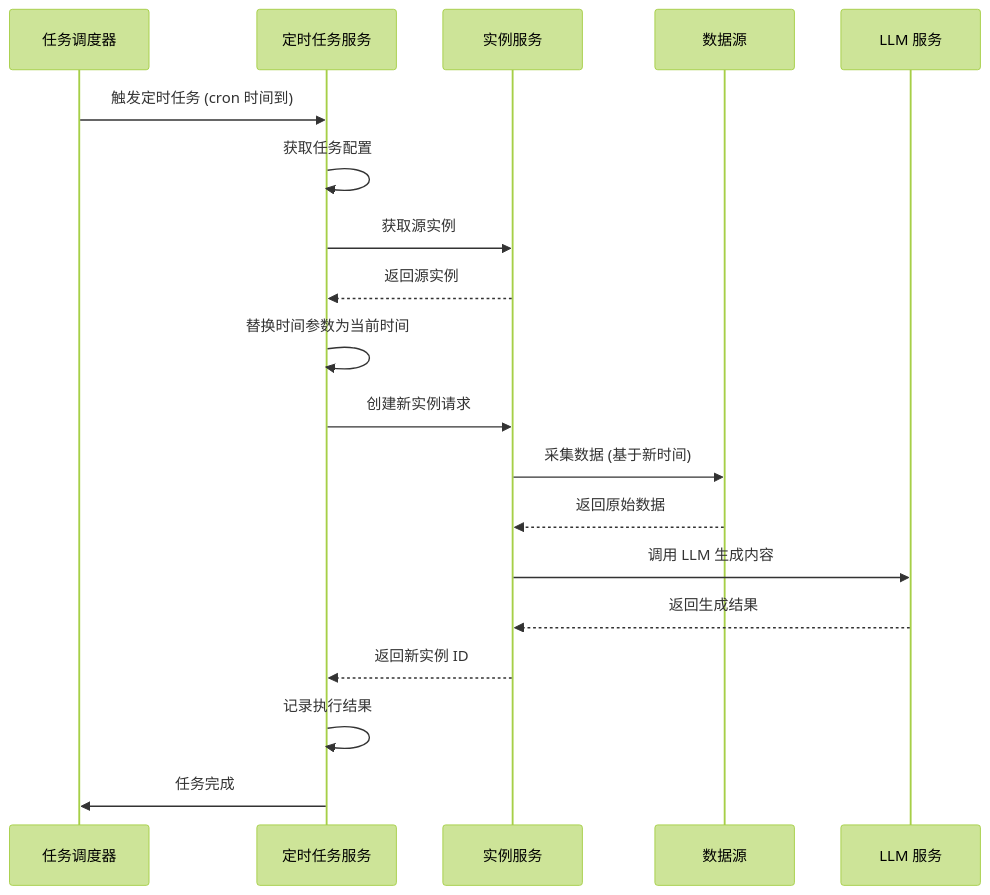
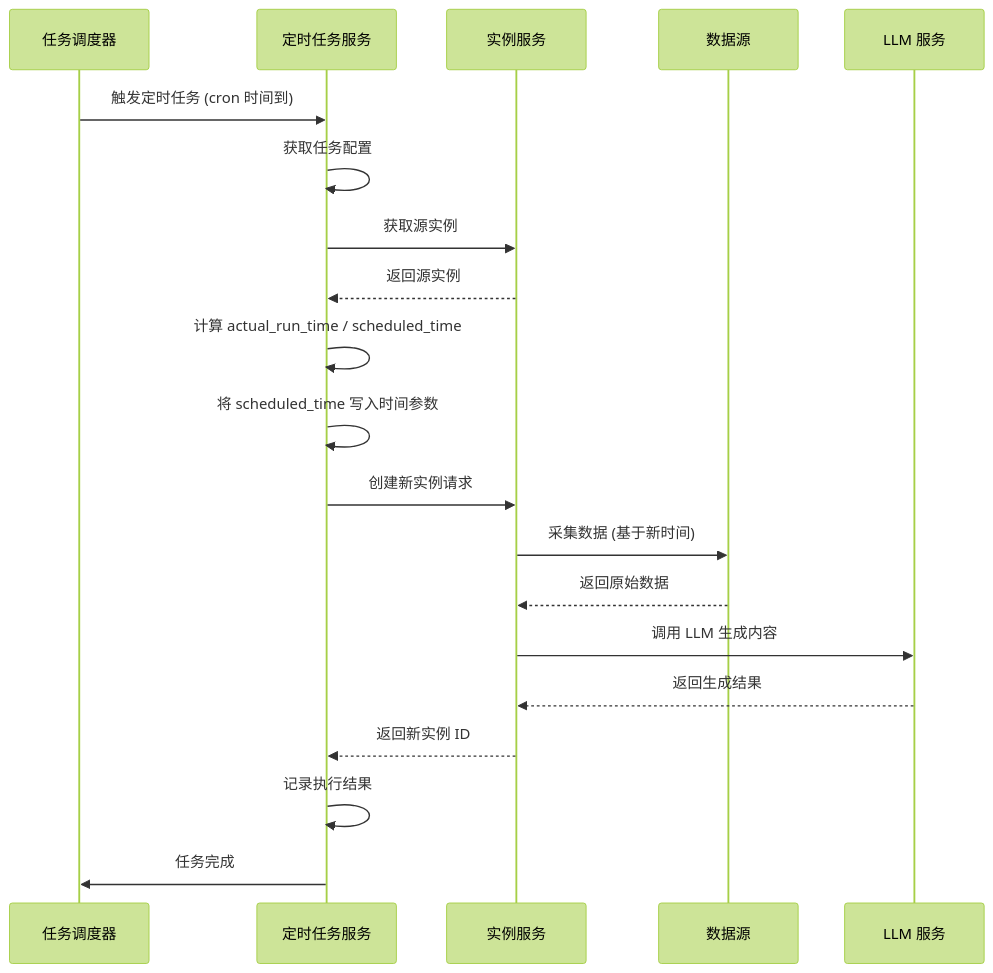
Before and after one commit to shel447/ReportSystem: the second of 2 diagrams in design/design_scheduler.md, drawn with Mermaid (forest theme). The commit also changed other lines of this file and 34 other files, not shown here.

Commit message:
feat: restore scheduled task creation and chat param modes

````diff
--- a/design/design_scheduler.md
+++ b/design/design_scheduler.md
@@ -101,25 +103,26 @@
 ```mermaid
 sequenceDiagram
     participant Scheduler as 任务调度器
     participant Task as 定时任务服务
     participant Instance as 实例服务
     participant Data as 数据源
     participant LLM as LLM 服务
 
     Scheduler->>Task: 触发定时任务 (cron 时间到)
     Task->>Task: 获取任务配置
     Task->>Instance: 获取源实例
     Instance-->>Task: 返回源实例
     
-    Task->>Task: 替换时间参数为当前时间
+    Task->>Task: 计算 actual_run_time / scheduled_time
+    Task->>Task: 将 scheduled_time 写入时间参数
     
     Task->>Instance: 创建新实例请求
     Instance->>Data: 采集数据 (基于新时间)
     Data-->>Instance: 返回原始数据
     Instance->>LLM: 调用 LLM 生成内容
     LLM-->>Instance: 返回生成结果
     Instance-->>Task: 返回新实例 ID
     
     Task->>Task: 记录执行结果
     Task->>Scheduler: 任务完成
 ```
````
